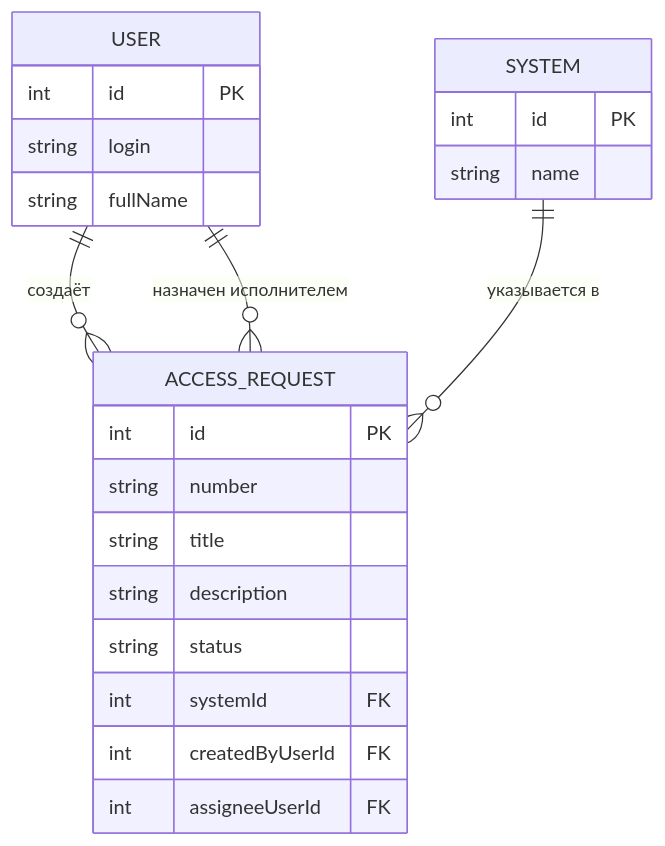
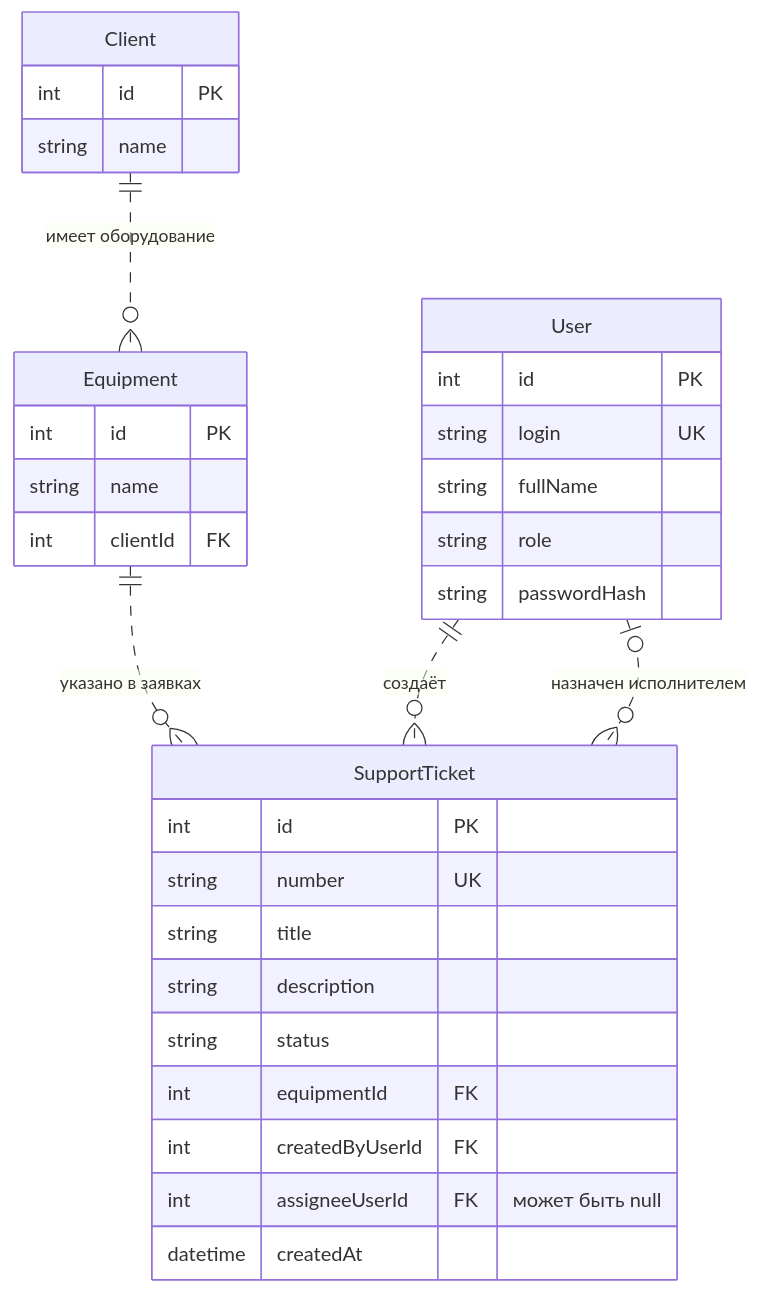
The diagram in docs/data-model.md (fewste718/ris-web-2026), drawn with Mermaid before and after one commit. The commit also changed other lines of this file and 6 other files, not shown here.

````diff
--- a/docs/data-model.md
+++ b/docs/data-model.md
@@ -13,28 +14,38 @@
 ```mermaid
 erDiagram
-    USER ||--o{ ACCESS_REQUEST : "создаёт"
-    USER ||--o{ ACCESS_REQUEST : "назначен исполнителем"
-    SYSTEM ||--o{ ACCESS_REQUEST : "указывается в"
+    Client ||..o{ Equipment : "имеет оборудование"
+    Equipment ||..o{ SupportTicket : "указано в заявках"
+    User ||..o{ SupportTicket : "создаёт"
+    User |o..o{ SupportTicket : "назначен исполнителем"
 
-    USER {
-        int id PK
-        string login
-        string fullName
-    }
-
-    SYSTEM {
+    Client {
         int id PK
         string name
     }
 
-    ACCESS_REQUEST {
+    Equipment {
         int id PK
-        string number
+        string name
+        int clientId FK
+    }
+
+    User {
+        int id PK
+        string login UK
+        string fullName
+        string role
+        string passwordHash
+    }
+
+    SupportTicket {
+        int id PK
+        string number UK
         string title
         string description
         string status
-        int systemId FK
+        int equipmentId FK
         int createdByUserId FK
-        int assigneeUserId FK
+        int assigneeUserId FK "может быть null"
+        datetime createdAt
     }
 ```
````
